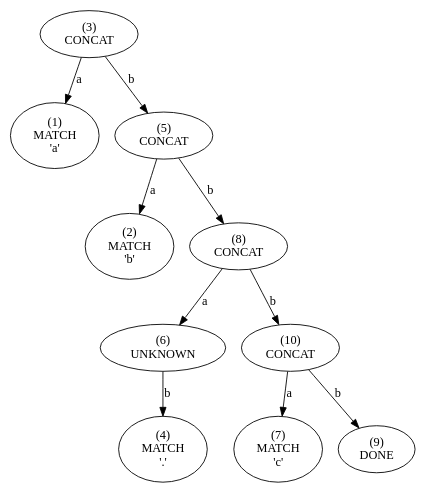
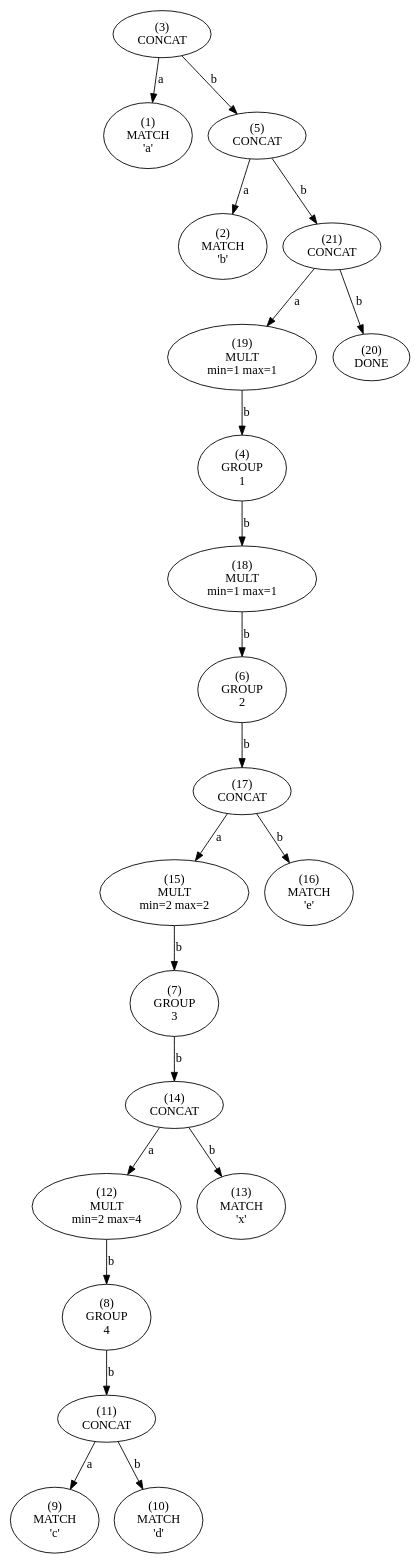
The diagram in tree.dot (essele/rele), drawn with Graphviz before and after one commit. The commit also changed 3 other files, not shown here.

```diff
--- a/tree.dot
+++ b/tree.dot
@@ -1,41 +1,85 @@
 digraph tree {
-    n0xb45701561320 [label="(3)
+    n0xc0f739e74320 [label="(3)
 CONCAT
 "];
-    n0xb45701561320 -> n0xb457015612c0 [label="a"];
-    n0xb457015612c0 [label="(1)
+    n0xc0f739e74320 -> n0xc0f739e742c0 [label="a"];
+    n0xc0f739e742c0 [label="(1)
 MATCH
 'a'"];
-    n0xb45701561320 -> n0xb45701561380 [label="b"];
-    n0xb45701561380 [label="(5)
+    n0xc0f739e74320 -> n0xc0f739e74380 [label="b"];
+    n0xc0f739e74380 [label="(5)
 CONCAT
 "];
-    n0xb45701561380 -> n0xb457015612f0 [label="a"];
-    n0xb457015612f0 [label="(2)
+    n0xc0f739e74380 -> n0xc0f739e742f0 [label="a"];
+    n0xc0f739e742f0 [label="(2)
 MATCH
 'b'"];
-    n0xb45701561380 -> n0xb45701561410 [label="b"];
-    n0xb45701561410 [label="(8)
+    n0xc0f739e74380 -> n0xc0f739e74680 [label="b"];
+    n0xc0f739e74680 [label="(21)
 CONCAT
 "];
-    n0xb45701561410 -> n0xb457015613b0 [label="a"];
-    n0xb457015613b0 [label="(6)
-UNKNOWN
-"];
-    n0xb457015613b0 -> n0xb45701561350 [label="b"];
-    n0xb45701561350 [label="(4)
-MATCH
-'.'"];
-    n0xb45701561410 -> n0xb45701561470 [label="b"];
-    n0xb45701561470 [label="(10)
+    n0xc0f739e74680 -> n0xc0f739e74620 [label="a"];
+    n0xc0f739e74620 [label="(19)
+MULT
+min=1 max=1"];
+    n0xc0f739e74620 -> n0xc0f739e74350 [label="b"];
+    n0xc0f739e74350 [label="(4)
+GROUP
+1"];
+    n0xc0f739e74350 -> n0xc0f739e745f0 [label="b"];
+    n0xc0f739e745f0 [label="(18)
+MULT
+min=1 max=1"];
+    n0xc0f739e745f0 -> n0xc0f739e743b0 [label="b"];
+    n0xc0f739e743b0 [label="(6)
+GROUP
+2"];
+    n0xc0f739e743b0 -> n0xc0f739e745c0 [label="b"];
+    n0xc0f739e745c0 [label="(17)
 CONCAT
 "];
-    n0xb45701561470 -> n0xb457015613e0 [label="a"];
-    n0xb457015613e0 [label="(7)
+    n0xc0f739e745c0 -> n0xc0f739e74560 [label="a"];
+    n0xc0f739e74560 [label="(15)
+MULT
+min=2 max=2"];
+    n0xc0f739e74560 -> n0xc0f739e743e0 [label="b"];
+    n0xc0f739e743e0 [label="(7)
+GROUP
+3"];
+    n0xc0f739e743e0 -> n0xc0f739e74530 [label="b"];
+    n0xc0f739e74530 [label="(14)
+CONCAT
+"];
+    n0xc0f739e74530 -> n0xc0f739e744d0 [label="a"];
+    n0xc0f739e744d0 [label="(12)
+MULT
+min=2 max=4"];
+    n0xc0f739e744d0 -> n0xc0f739e74410 [label="b"];
+    n0xc0f739e74410 [label="(8)
+GROUP
+4"];
+    n0xc0f739e74410 -> n0xc0f739e744a0 [label="b"];
+    n0xc0f739e744a0 [label="(11)
+CONCAT
+"];
+    n0xc0f739e744a0 -> n0xc0f739e74440 [label="a"];
+    n0xc0f739e74440 [label="(9)
 MATCH
 'c'"];
-    n0xb45701561470 -> n0xb45701561440 [label="b"];
-    n0xb45701561440 [label="(9)
+    n0xc0f739e744a0 -> n0xc0f739e74470 [label="b"];
+    n0xc0f739e74470 [label="(10)
+MATCH
+'d'"];
+    n0xc0f739e74530 -> n0xc0f739e74500 [label="b"];
+    n0xc0f739e74500 [label="(13)
+MATCH
+'x'"];
+    n0xc0f739e745c0 -> n0xc0f739e74590 [label="b"];
+    n0xc0f739e74590 [label="(16)
+MATCH
+'e'"];
+    n0xc0f739e74680 -> n0xc0f739e74650 [label="b"];
+    n0xc0f739e74650 [label="(20)
 DONE
 "];
 }
```
